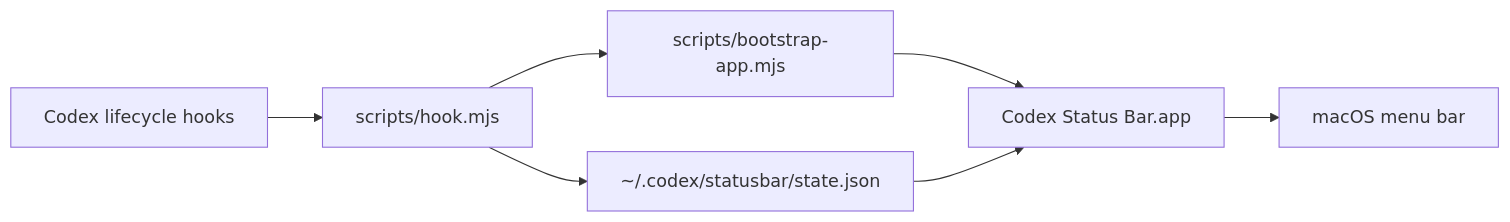
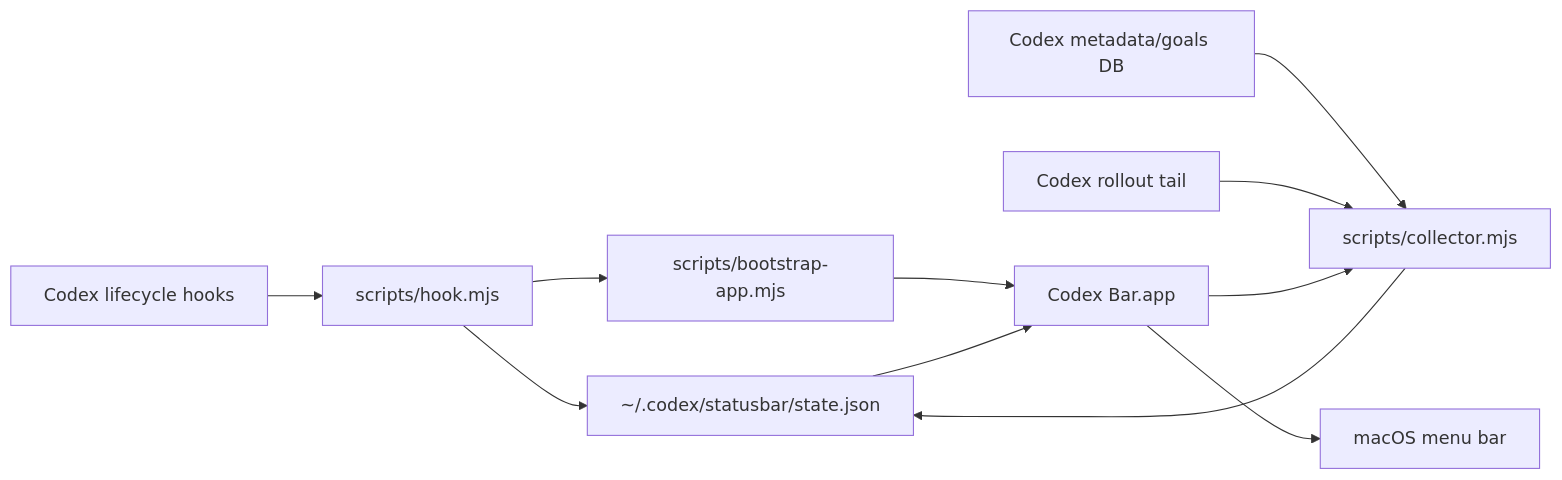
The diagram in README.md (Cjbuilds/Codex-bar), drawn with Mermaid before and after one commit. The commit also changed other lines of this file and 14 other files, not shown here.

Commit message:
Add live Codex Bar session dashboard

````diff
--- a/README.md
+++ b/README.md
@@ -53,9 +53,13 @@
 ```mermaid
 flowchart LR
   Codex["Codex lifecycle hooks"] --> Hook["scripts/hook.mjs"]
+  CodexDb["Codex metadata/goals DB"] --> Collector["scripts/collector.mjs"]
+  Rollout["Codex rollout tail"] --> Collector
   Hook --> State["~/.codex/statusbar/state.json"]
   Hook --> Bootstrap["scripts/bootstrap-app.mjs"]
-  Bootstrap --> App["Codex Status Bar.app"]
+  Bootstrap --> App["Codex Bar.app"]
+  App --> Collector
+  Collector --> State
   State --> App
   App --> Menu["macOS menu bar"]
 ```
````
